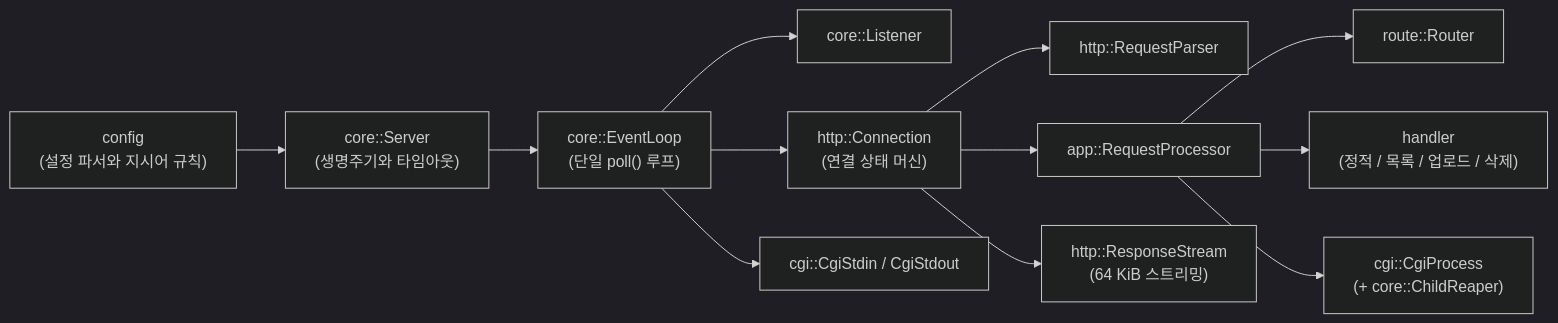
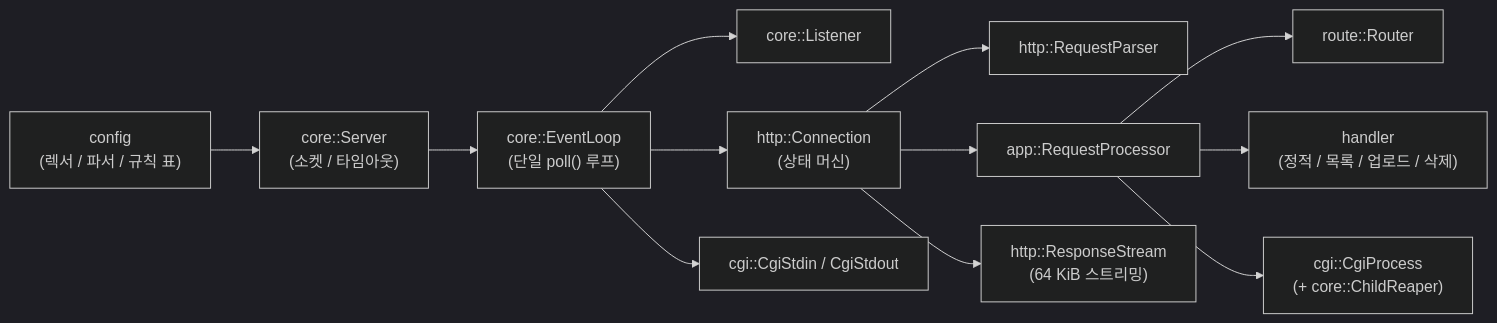
One commit to 42GS/webserv changed the diagram in README.md. Above: the diagram before and after it, drawn with Mermaid (dark theme). The commit also changed other lines of this file and 1 other file, not shown here.

````diff
--- a/README.md
+++ b/README.md
@@ -45,14 +52,14 @@
 ```mermaid
 flowchart LR
-    Config["config<br/>(설정 파서와 지시어 규칙)"] --> Server["core::Server<br/>(생명주기와 타임아웃)"]
+    Config["config<br/>(렉서 / 파서 / 규칙 표)"] --> Server["core::Server<br/>(소켓 / 타임아웃)"]
     Server --> Loop["core::EventLoop<br/>(단일 poll() 루프)"]
     Loop --> Listener["core::Listener"]
-    Loop --> Conn["http::Connection<br/>(연결 상태 머신)"]
+    Loop --> Conn["http::Connection<br/>(상태 머신)"]
     Loop --> Pipes["cgi::CgiStdin / CgiStdout"]
     Conn --> Parser["http::RequestParser"]
     Conn --> Proc["app::RequestProcessor"]
     Conn --> Stream["http::ResponseStream<br/>(64 KiB 스트리밍)"]
     Proc --> Router["route::Router"]
     Proc --> Handler["handler<br/>(정적 / 목록 / 업로드 / 삭제)"]
     Proc --> CGI["cgi::CgiProcess<br/>(+ core::ChildReaper)"]
 ```
````
